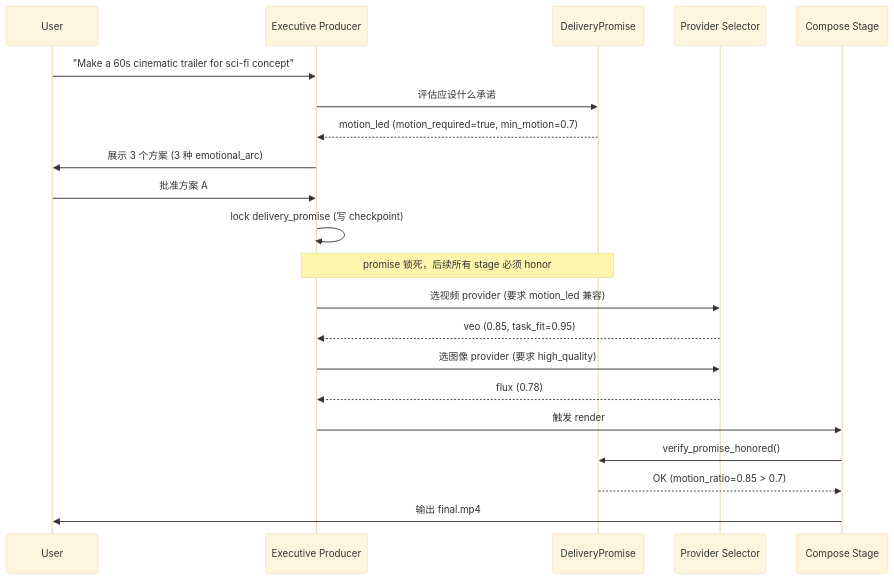
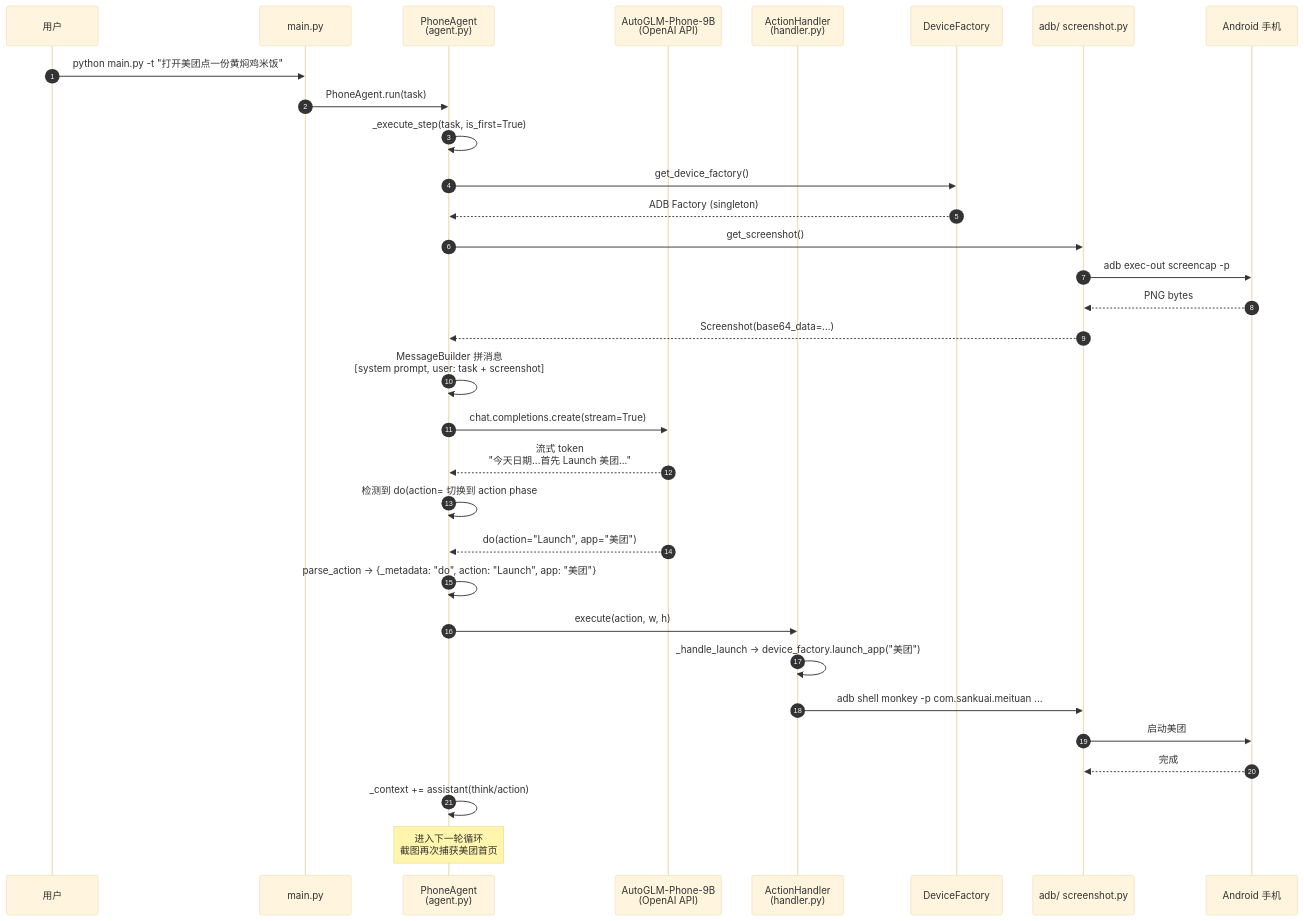
Before and after one commit to xuqi2024/xuqi2024.github.io: the fifth of 5 diagrams in source/_posts/2026-07-04-openmontage-agentic-video-production-pipeline-architecture-deep-dive.md, drawn with Mermaid (base theme). The commit also changed other lines of this file, not shown here.

Commit message:
Add article: OpenMontage agentic video production deep dive

````diff
--- a/source/_posts/2026-07-04-openmontage-agentic-video-production-pipeline-architecture-deep-dive.md
+++ b/source/_posts/2026-07-04-openmontage-agentic-video-production-pipeline-architecture-deep-dive.md
@@ -787,24 +689,40 @@
 ```mermaid
 sequenceDiagram
-    participant U as User
-    participant EP as Executive Producer
-    participant DP as DeliveryPromise
-    participant SEL as Provider Selector
-    participant COMP as Compose Stage
+    autonumber
+    participant U as 用户
+    participant CLI as main.py
+    participant Agent as PhoneAgent<br/>(agent.py)
+    participant VLM as AutoGLM-Phone-9B<br/>(OpenAI API)
+    participant Handler as ActionHandler<br/>(handler.py)
+    participant DF as DeviceFactory
+    participant ADB as adb/ screenshot.py
+    participant Phone as Android 手机
 
-    U->>EP: "Make a 60s cinematic trailer for sci-fi concept"
-    EP->>DP: 评估应设什么承诺
-    DP-->>EP: motion_led (motion_required=true, min_motion=0.7)
-    EP->>U: 展示 3 个方案 (3 种 emotional_arc)
-    U->>EP: 批准方案 A
-    EP->>EP: lock delivery_promise (写 checkpoint)
-    Note over EP,DP: promise 锁死，后续所有 stage 必须 honor
-    EP->>SEL: 选视频 provider (要求 motion_led 兼容)
-    SEL-->>EP: veo (0.85, task_fit=0.95)
-    EP->>SEL: 选图像 provider (要求 high_quality)
-    SEL-->>EP: flux (0.78)
-    EP->>COMP: 触发 render
-    COMP->>DP: verify_promise_honored()
-    DP-->>COMP: OK (motion_ratio=0.85 > 0.7)
-    COMP->>U: 输出 final.mp4
+    U->>CLI: python main.py -t "打开美团点一份黄焖鸡米饭"
+    CLI->>Agent: PhoneAgent.run(task)
+    Agent->>Agent: _execute_step(task, is_first=True)
+    Agent->>DF: get_device_factory()
+    DF-->>Agent: ADB Factory (singleton)
+
+    Agent->>ADB: get_screenshot()
+    ADB->>Phone: adb exec-out screencap -p
+    Phone-->>ADB: PNG bytes
+    ADB-->>Agent: Screenshot(base64_data=...)
+
+    Agent->>Agent: MessageBuilder 拼消息<br/>[system prompt, user: task + screenshot]
+    Agent->>VLM: chat.completions.create(stream=True)
+
+    VLM-->>Agent: 流式 token<br/>"今天日期...首先 Launch 美团..."
+    Agent->>Agent: 检测到 do(action= 切换到 action phase
+
+    VLM-->>Agent: do(action="Launch", app="美团")
+    Agent->>Agent: parse_action → {_metadata: "do", action: "Launch", app: "美团"}
+    Agent->>Handler: execute(action, w, h)
+    Handler->>Handler: _handle_launch → device_factory.launch_app("美团")
+    Handler->>ADB: adb shell monkey -p com.sankuai.meituan ...
+    ADB->>Phone: 启动美团
+    Phone-->>ADB: 完成
+
+    Agent->>Agent: _context += assistant(think/action)
+    Note over Agent: 进入下一轮循环<br/>截图再次捕获美团首页
 ```
````
